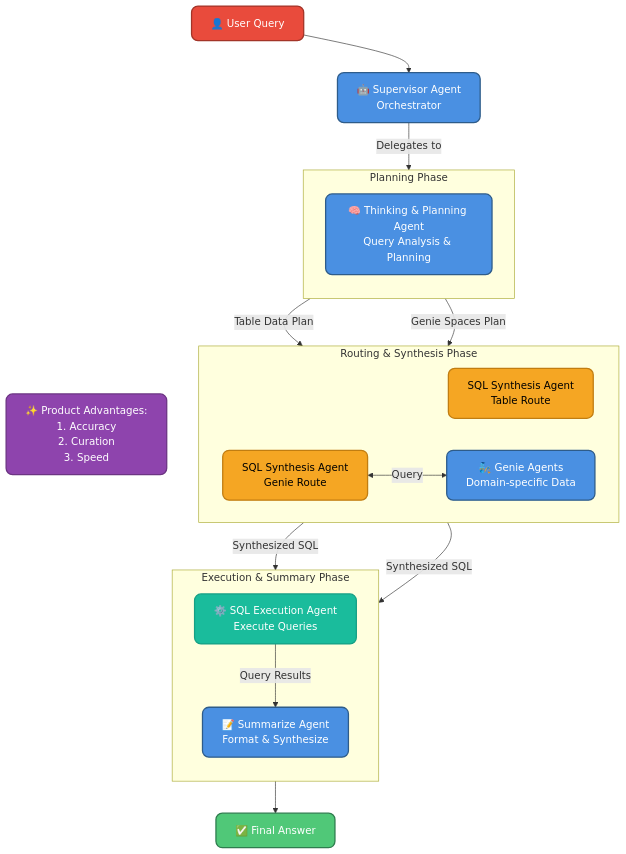
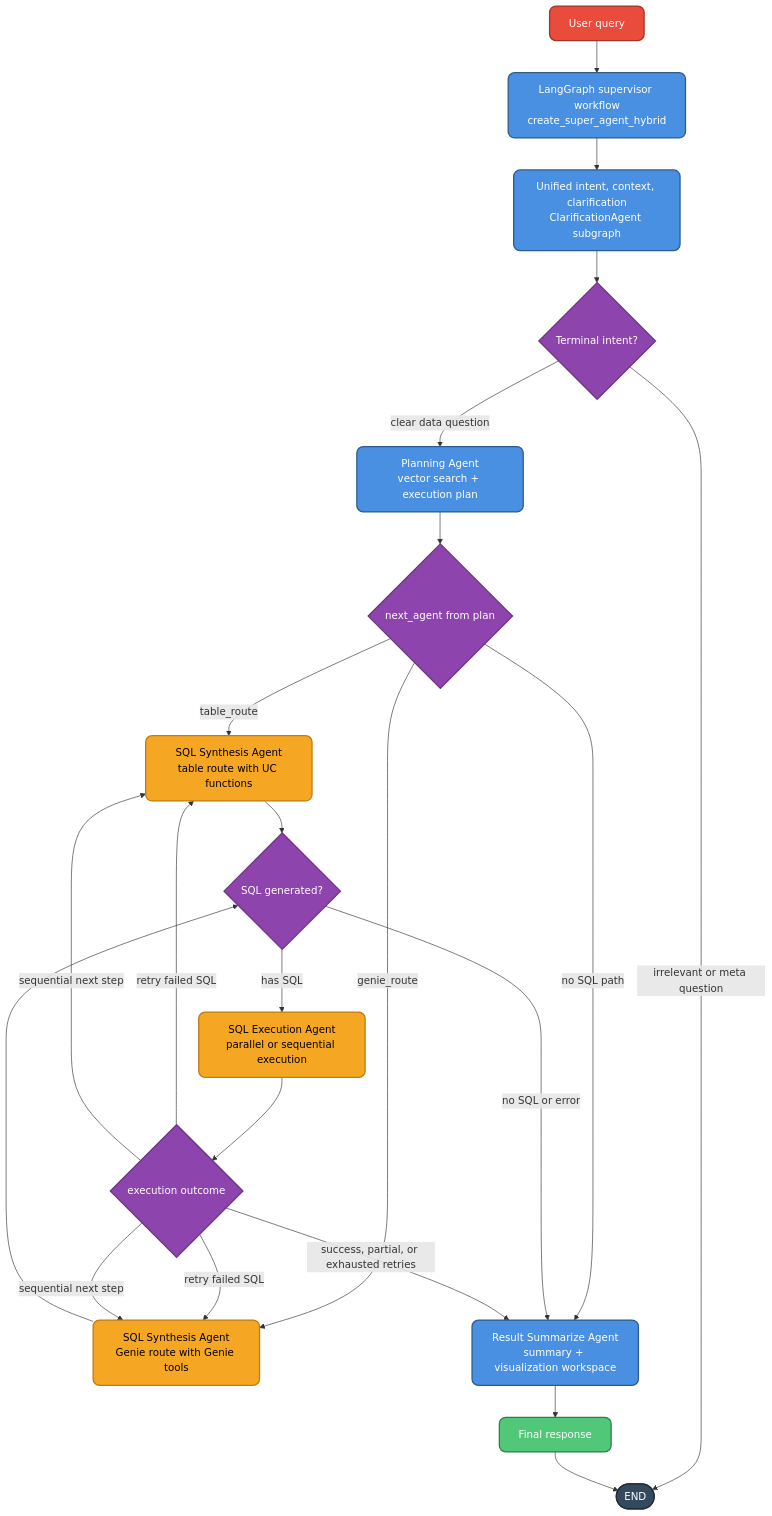
The diagram in docs/architecture/architecture_diagram_simple_v2.mmd (databricks-solutions/dbx-unifiedchat), drawn with Mermaid before and after one commit. The commit also changed 58 other files, not shown here.

First line of the commit message:
Major update architecture diagrams to enhance clarity and workflow representation reflecting current repo

```diff
--- a/docs/architecture/architecture_diagram_simple_v2.mmd
+++ b/docs/architecture/architecture_diagram_simple_v2.mmd
@@ -1,62 +1,63 @@
 graph TD
     %% ============================================================
-    %% Simple Architecture Diagram
+    %% Current Hybrid Super Agent Workflow
     %% ============================================================
 
-    User[👤 User Query] 
-    Tagline[✨ Product Advantages:<br/>1. Accuracy<br/>2. Curation<br/>3. Speed]
-    
-    User ~~~ Tagline
+    User[User query]
+    Workflow[LangGraph supervisor workflow<br/>create_super_agent_hybrid]
+    Clarify[Unified intent, context, clarification<br/>ClarificationAgent subgraph]
+    UnifiedRoute{Terminal intent?}
 
-    User --> Supervisor[🤖 Supervisor Agent<br/>Orchestrator]
-    
-    subgraph Planning["Planning Phase"]
-        direction TB
-        Planner[🧠 Thinking & Planning Agent<br/>Query Analysis & Planning]
-    end
-    
-    Supervisor -->|Delegates to| Planner
-    
-    subgraph Routing["Routing & Synthesis Phase"]
-        direction LR
-        SynthTable[SQL Synthesis Agent<br/>Table Route]
-        SynthGenie[SQL Synthesis Agent<br/>Genie Route]
-        Genie[🧞 Genie Agents<br/>Domain-specific Data]
-        
-        SynthGenie <-->|Query| Genie
-    end
-    
-    Planner -->|Table Data Plan| SynthTable
-    Planner -->|Genie Spaces Plan| SynthGenie
-    
-    subgraph Execution["Execution & Summary Phase"]
-        direction TB
-        Exec[⚙️ SQL Execution Agent<br/>Execute Queries]
-        Summarize[📝 Summarize Agent<br/>Format & Synthesize]
-        
-        Exec -->|Query Results| Summarize
-    end
-    
-    SynthTable -->|Synthesized SQL| Exec
-    SynthGenie -->|Synthesized SQL| Exec
-    
-    Tagline ~~~ Execution
-    
-    Summarize --> Answer[✅ Final Answer]
-    
+    Planning[Planning Agent<br/>vector search + execution plan]
+    PlanRoute{next_agent from plan}
+
+    SynthTable[SQL Synthesis Agent<br/>table route with UC functions]
+    SynthGenie[SQL Synthesis Agent<br/>Genie route with Genie tools]
+    SynthesisRoute{SQL generated?}
+
+    Exec[SQL Execution Agent<br/>parallel or sequential execution]
+    ExecRoute{execution outcome}
+
+    Summarize[Result Summarize Agent<br/>summary + visualization workspace]
+    End([END])
+    Answer[Final response]
+
+    User --> Workflow --> Clarify --> UnifiedRoute
+    UnifiedRoute -->|irrelevant or meta question| End
+    UnifiedRoute -->|clear data question| Planning
+
+    Planning --> PlanRoute
+    PlanRoute -->|table_route| SynthTable
+    PlanRoute -->|genie_route| SynthGenie
+    PlanRoute -->|no SQL path| Summarize
+
+    SynthTable --> SynthesisRoute
+    SynthGenie --> SynthesisRoute
+    SynthesisRoute -->|has SQL| Exec
+    SynthesisRoute -->|no SQL or error| Summarize
+
+    Exec --> ExecRoute
+    ExecRoute -->|success, partial, or exhausted retries| Summarize
+    ExecRoute -->|retry failed SQL| SynthTable
+    ExecRoute -->|retry failed SQL| SynthGenie
+    ExecRoute -->|sequential next step| SynthTable
+    ExecRoute -->|sequential next step| SynthGenie
+
+    Summarize --> Answer --> End
+
     %% ============================================================
     %% Styling
     %% ============================================================
     classDef userClass fill:#E94B3C,stroke:#A33428,stroke-width:2px,color:#fff,rx:10,ry:10
     classDef agentClass fill:#4A90E2,stroke:#2E5C8A,stroke-width:2px,color:#fff,rx:10,ry:10
     classDef routeClass fill:#F5A623,stroke:#C17D11,stroke-width:2px,color:#000,rx:10,ry:10
-    classDef execClass fill:#1ABC9C,stroke:#16A085,stroke-width:2px,color:#fff,rx:10,ry:10
+    classDef decisionClass fill:#8E44AD,stroke:#6C3483,stroke-width:2px,color:#fff,rx:10,ry:10
     classDef answerClass fill:#50C878,stroke:#2E7D4E,stroke-width:2px,color:#fff,rx:10,ry:10
-    classDef taglineClass fill:#8E44AD,stroke:#6C3483,stroke-width:2px,color:#fff,rx:10,ry:10
+    classDef boundaryClass fill:#34495E,stroke:#1F2D3A,stroke-width:2px,color:#fff,rx:10,ry:10
 
     class User userClass
-    class Supervisor,Planner,Genie,Summarize agentClass
-    class SynthTable,SynthGenie routeClass
-    class Exec execClass
+    class Workflow,Clarify,Planning,Summarize agentClass
+    class SynthTable,SynthGenie,Exec routeClass
+    class UnifiedRoute,PlanRoute,SynthesisRoute,ExecRoute decisionClass
     class Answer answerClass
-    class Tagline taglineClass
+    class End boundaryClass
```
